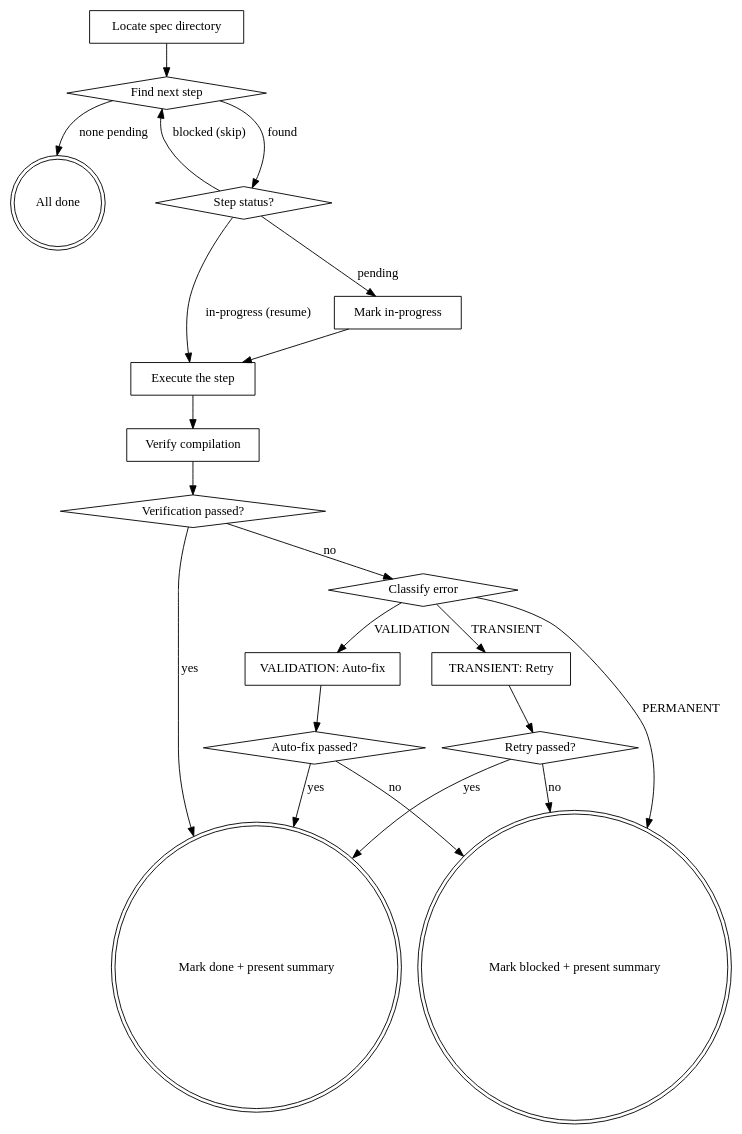
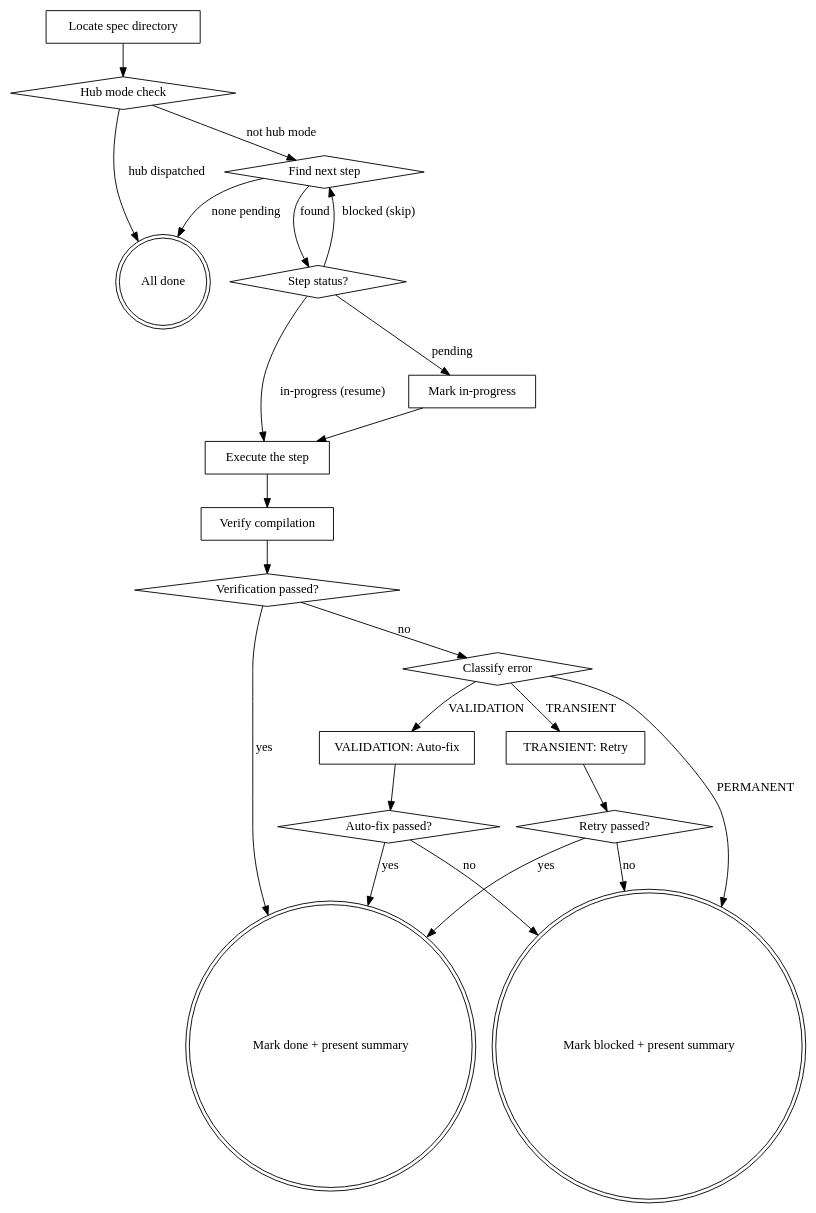
The diagram in plugins/dx-core/skills/dx-step/SKILL.md (marcode04/dx-aem-flow), drawn with Graphviz before and after one commit. The commit also changed other lines of this file and 1 other file, not shown here.

First line of the commit message:
feat(dx-core): add hub dispatch to dx-plan and dx-step

````diff
--- a/plugins/dx-core/skills/dx-step/SKILL.md
+++ b/plugins/dx-core/skills/dx-step/SKILL.md
@@ -12,40 +12,43 @@
 ```dot
 digraph step {
     "Locate spec directory" [shape=box];
+    "Hub mode check" [shape=diamond];
     "Find next step" [shape=diamond];
     "All done" [shape=doublecircle];
     "Step status?" [shape=diamond];
     "Mark in-progress" [shape=box];
     "Execute the step" [shape=box];
     "Verify compilation" [shape=box];
     "Verification passed?" [shape=diamond];
     "Classify error" [shape=diamond];
     "TRANSIENT: Retry" [shape=box];
     "Retry passed?" [shape=diamond];
     "VALIDATION: Auto-fix" [shape=box];
     "Auto-fix passed?" [shape=diamond];
     "Mark done + present summary" [shape=doublecircle];
     "Mark blocked + present summary" [shape=doublecircle];
 
-    "Locate spec directory" -> "Find next step";
+    "Locate spec directory" -> "Hub mode check";
+    "Hub mode check" -> "Find next step" [label="not hub mode"];
+    "Hub mode check" -> "All done" [label="hub dispatched"];
     "Find next step" -> "All done" [label="none pending"];
     "Find next step" -> "Step status?" [label="found"];
     "Step status?" -> "Mark in-progress" [label="pending"];
     "Step status?" -> "Execute the step" [label="in-progress (resume)"];
     "Step status?" -> "Find next step" [label="blocked (skip)"];
     "Mark in-progress" -> "Execute the step";
     "Execute the step" -> "Verify compilation";
     "Verify compilation" -> "Verification passed?";
     "Verification passed?" -> "Mark done + present summary" [label="yes"];
     "Verification passed?" -> "Classify error" [label="no"];
     "Classify error" -> "TRANSIENT: Retry" [label="TRANSIENT"];
     "Classify error" -> "VALIDATION: Auto-fix" [label="VALIDATION"];
     "Classify error" -> "Mark blocked + present summary" [label="PERMANENT"];
     "TRANSIENT: Retry" -> "Retry passed?";
     "Retry passed?" -> "Mark done + present summary" [label="yes"];
     "Retry passed?" -> "Mark blocked + present summary" [label="no"];
     "VALIDATION: Auto-fix" -> "Auto-fix passed?";
     "Auto-fix passed?" -> "Mark done + present summary" [label="yes"];
     "Auto-fix passed?" -> "Mark blocked + present summary" [label="no"];
 }
 ```
````
